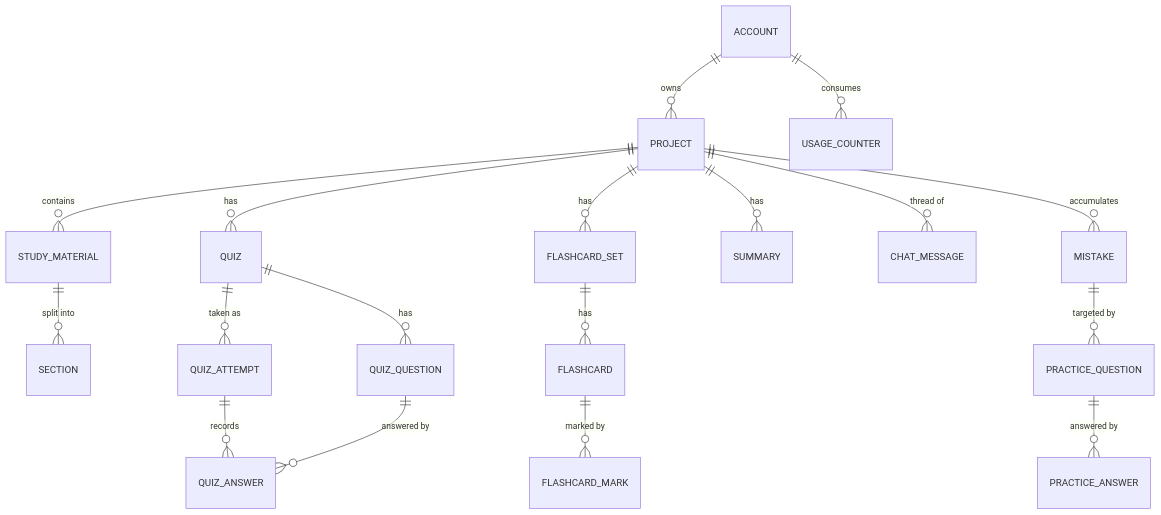
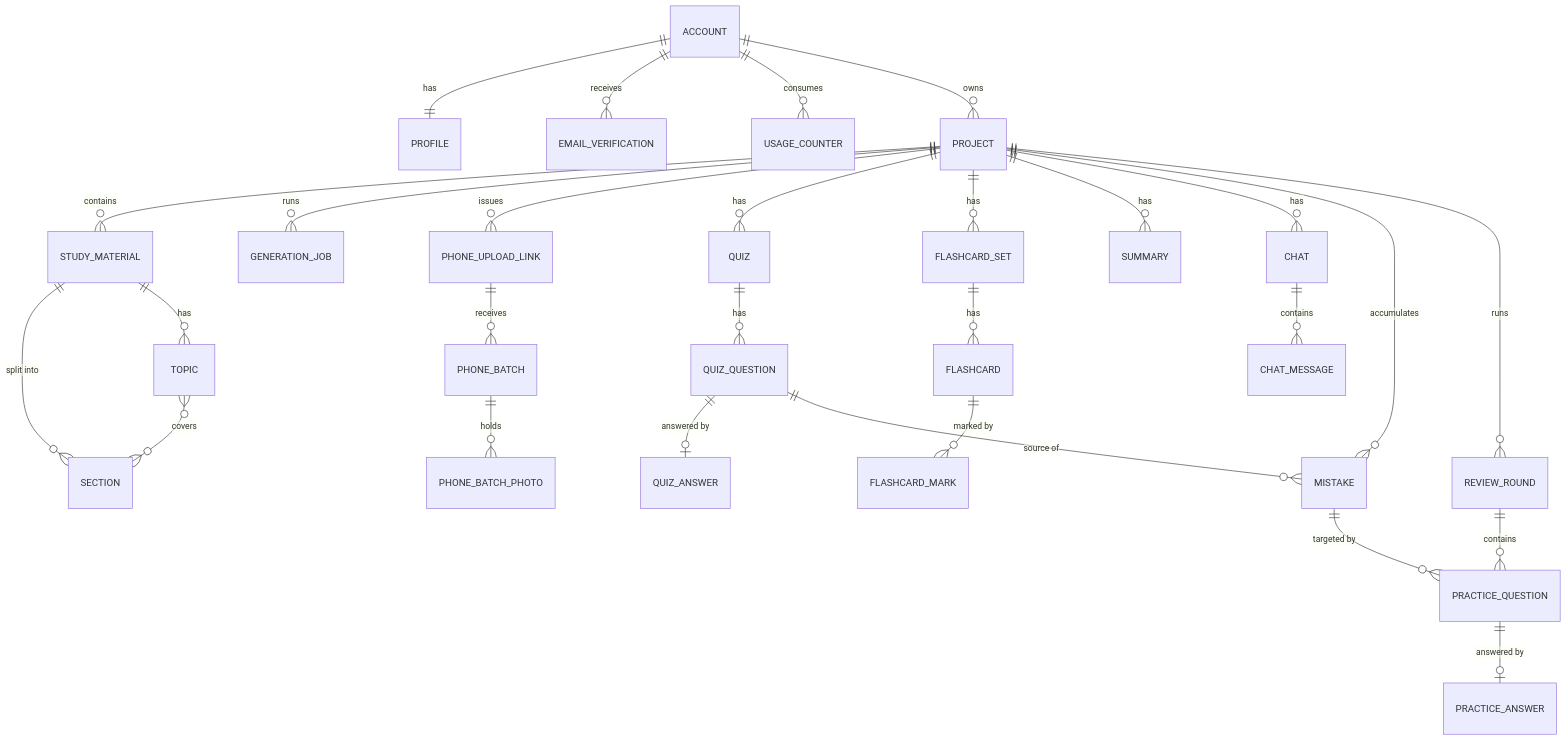
The third of 3 diagrams in _bmad-output/planning-artifacts/architecture/architecture-AI-StudyBuddy-2026-10-13/ARCHITECTURE-SPINE.md (IBE160-2026/G25-kanestrom-voloshyn), drawn with Mermaid before and after one commit. The commit also changed other lines of this file and 8 other files, not shown here.

First line of the commit message:
docs: update architecture spine for the 29-FR PRD

````diff
--- a/_bmad-output/planning-artifacts/architecture/architecture-AI-StudyBuddy-2026-10-13/ARCHITECTURE-SPINE.md
+++ b/_bmad-output/planning-artifacts/architecture/architecture-AI-StudyBuddy-2026-10-13/ARCHITECTURE-SPINE.md
@@ -380,20 +738,30 @@
 ```mermaid
 erDiagram
+  ACCOUNT ||--|| PROFILE : has
+  ACCOUNT ||--o{ EMAIL_VERIFICATION : receives
+  ACCOUNT ||--o{ USAGE_COUNTER : consumes
   ACCOUNT ||--o{ PROJECT : owns
-  ACCOUNT ||--o{ USAGE_COUNTER : consumes
   PROJECT ||--o{ STUDY_MATERIAL : contains
   STUDY_MATERIAL ||--o{ SECTION : "split into"
+  STUDY_MATERIAL ||--o{ TOPIC : has
+  TOPIC }o--o{ SECTION : covers
+  PROJECT ||--o{ GENERATION_JOB : runs
+  PROJECT ||--o{ PHONE_UPLOAD_LINK : issues
+  PHONE_UPLOAD_LINK ||--o{ PHONE_BATCH : receives
+  PHONE_BATCH ||--o{ PHONE_BATCH_PHOTO : holds
   PROJECT ||--o{ QUIZ : has
   QUIZ ||--o{ QUIZ_QUESTION : has
-  QUIZ ||--o{ QUIZ_ATTEMPT : "taken as"
-  QUIZ_ATTEMPT ||--o{ QUIZ_ANSWER : records
-  QUIZ_QUESTION ||--o{ QUIZ_ANSWER : "answered by"
+  QUIZ_QUESTION ||--o| QUIZ_ANSWER : "answered by"
   PROJECT ||--o{ FLASHCARD_SET : has
   FLASHCARD_SET ||--o{ FLASHCARD : has
   FLASHCARD ||--o{ FLASHCARD_MARK : "marked by"
   PROJECT ||--o{ SUMMARY : has
-  PROJECT ||--o{ CHAT_MESSAGE : "thread of"
+  PROJECT ||--o{ CHAT : has
+  CHAT ||--o{ CHAT_MESSAGE : contains
   PROJECT ||--o{ MISTAKE : accumulates
+  QUIZ_QUESTION ||--o{ MISTAKE : "source of"
+  PROJECT ||--o{ REVIEW_ROUND : runs
+  REVIEW_ROUND ||--o{ PRACTICE_QUESTION : contains
   MISTAKE ||--o{ PRACTICE_QUESTION : "targeted by"
-  PRACTICE_QUESTION ||--o{ PRACTICE_ANSWER : "answered by"
+  PRACTICE_QUESTION ||--o| PRACTICE_ANSWER : "answered by"
 ```
````
